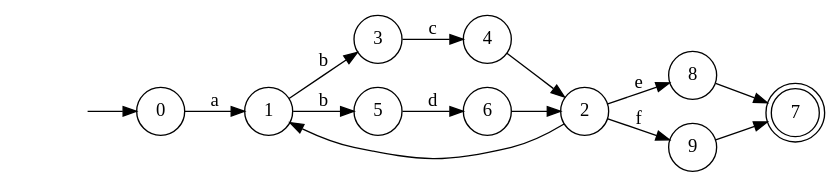
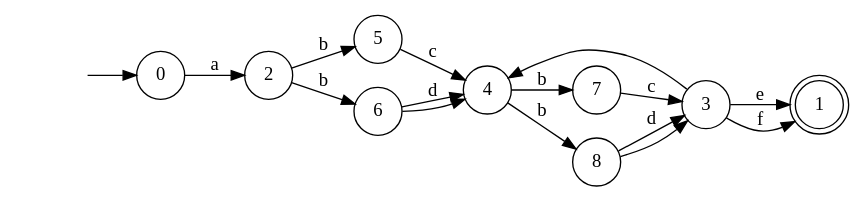
The diagram in example.dot (zyla/regex-to-json-schema), drawn with Graphviz before and after one commit. The commit also changed 2 other files, not shown here.

```diff
--- a/example.dot
+++ b/example.dot
@@ -1,27 +1,28 @@
 digraph {
 rankdir=LR
 "" [shape=none]
 "" -> 0
 0 [shape=circle]
-0 -> 1 [label="a"]
-1 [shape=circle]
-1 -> 3 [label="b"]
-1 -> 5 [label="b"]
+0 -> 2 [label="a"]
+1 [shape=doublecircle]
 2 [shape=circle]
-2 -> 1
-2 -> 8 [label="e"]
-2 -> 9 [label="f"]
+2 -> 5 [label="b"]
+2 -> 6 [label="b"]
 3 [shape=circle]
-3 -> 4 [label="c"]
+3 -> 4
+3 -> 1 [label="e"]
+3 -> 1 [label="f"]
 4 [shape=circle]
-4 -> 2
+4 -> 7 [label="b"]
+4 -> 8 [label="b"]
 5 [shape=circle]
-5 -> 6 [label="d"]
+5 -> 4 [label="c"]
 6 [shape=circle]
-6 -> 2
-7 [shape=doublecircle]
+6 -> 4 [label="d"]
+6 -> 4
+7 [shape=circle]
+7 -> 3 [label="c"]
 8 [shape=circle]
-8 -> 7
-9 [shape=circle]
-9 -> 7
+8 -> 3 [label="d"]
+8 -> 3
 }
```
